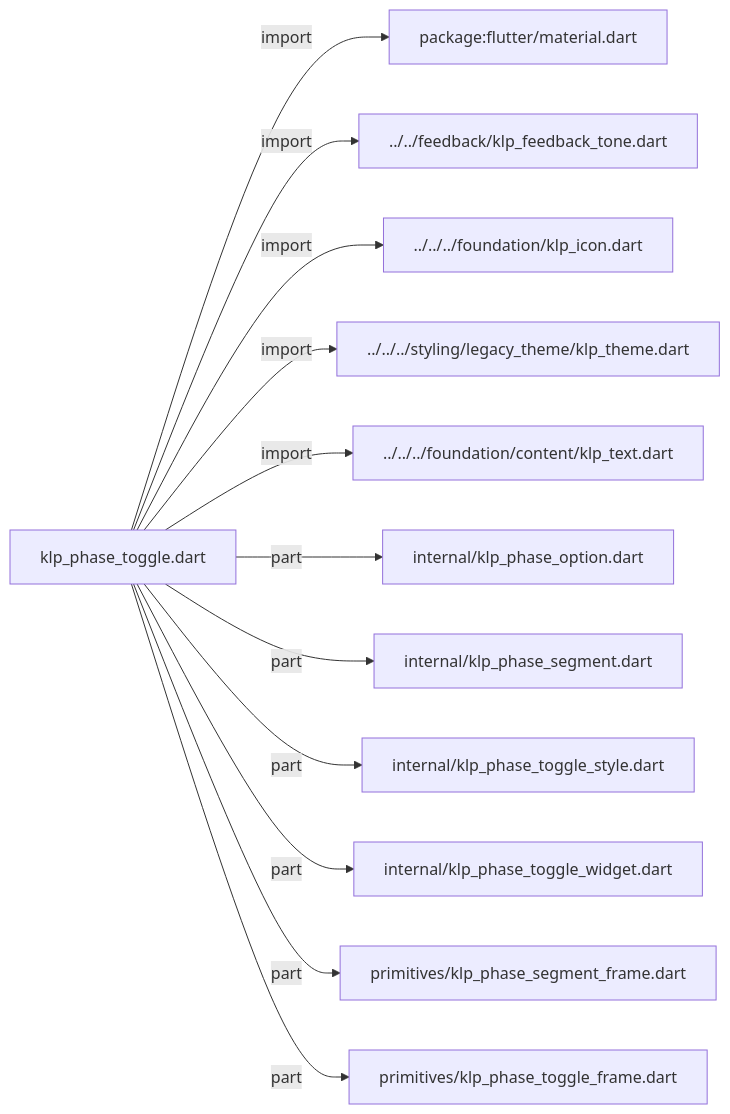
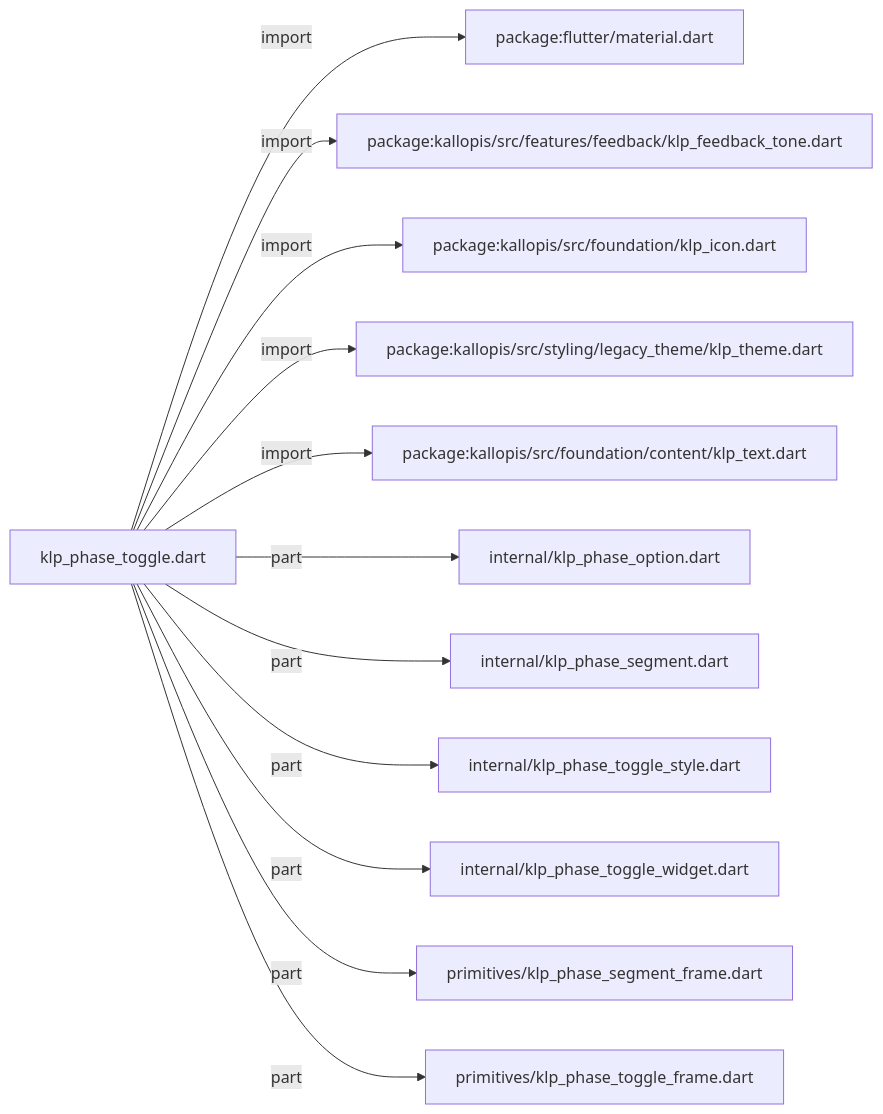
One commit to MiuDog/Kallopis changed the diagram in docs/architecture/src/features/forms/toggle/klp_phase_toggle.md. Above: the diagram before and after it, drawn with Mermaid. The commit also changed other lines of this file and 9688 other files, not shown here.

Commit message:
Prepare isolated Flow F2 peer baseline

````diff
--- a/docs/architecture/src/features/forms/toggle/klp_phase_toggle.md
+++ b/docs/architecture/src/features/forms/toggle/klp_phase_toggle.md
@@ -11,26 +11,26 @@
 ```mermaid
 flowchart LR
 	n0["klp_phase_toggle.dart"]
 	n1["package:flutter/material.dart"]
-	n2["../../feedback/klp_feedback_tone.dart"]
-	n3["../../../foundation/klp_icon.dart"]
-	n4["../../../styling/legacy_theme/klp_theme.dart"]
-	n5["../../../foundation/content/klp_text.dart"]
+	n2["package:kallopis/src/features/feedback/klp_feedback_tone.dart"]
+	n3["package:kallopis/src/foundation/klp_icon.dart"]
+	n4["package:kallopis/src/styling/legacy_theme/klp_theme.dart"]
+	n5["package:kallopis/src/foundation/content/klp_text.dart"]
 	n6["internal/klp_phase_option.dart"]
 	n7["internal/klp_phase_segment.dart"]
 	n8["internal/klp_phase_toggle_style.dart"]
 	n9["internal/klp_phase_toggle_widget.dart"]
 	n10["primitives/klp_phase_segment_frame.dart"]
 	n11["primitives/klp_phase_toggle_frame.dart"]
 	n0 -->|"import"| n1
 	n0 -->|"import"| n2
 	n0 -->|"import"| n3
 	n0 -->|"import"| n4
 	n0 -->|"import"| n5
 	n0 -->|"part"| n6
 	n0 -->|"part"| n7
 	n0 -->|"part"| n8
 	n0 -->|"part"| n9
 	n0 -->|"part"| n10
 	n0 -->|"part"| n11
 ```
````
